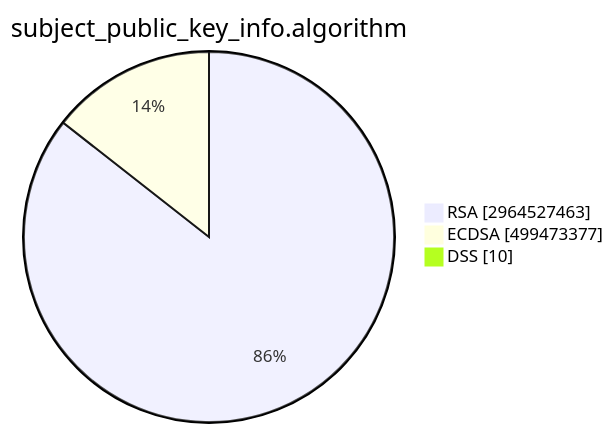
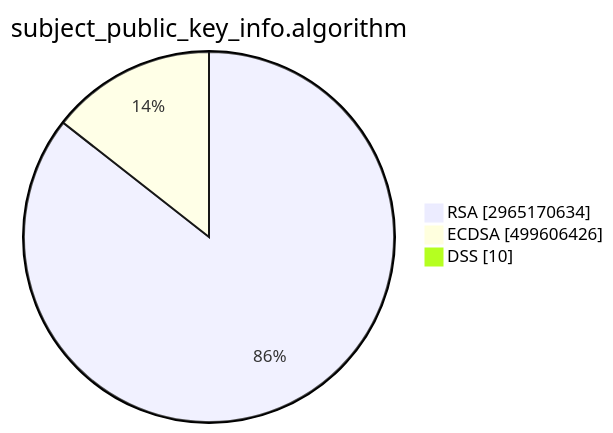
One commit to christiankrug/ctmonitor_visualization changed the second of 15 diagrams in TOTAL/README.md. Above: the diagram before and after it, drawn with Mermaid. The commit also changed other lines of this file, not shown here.

````diff
--- a/TOTAL/README.md
+++ b/TOTAL/README.md
@@ -6,7 +6,7 @@
 ```mermaid
 pie showData
 title subject_public_key_info.algorithm
-"RSA" :2964527463
-"ECDSA" :499473377
+"RSA" :2965170634
+"ECDSA" :499606426
 "DSS" :10
 ```
````
